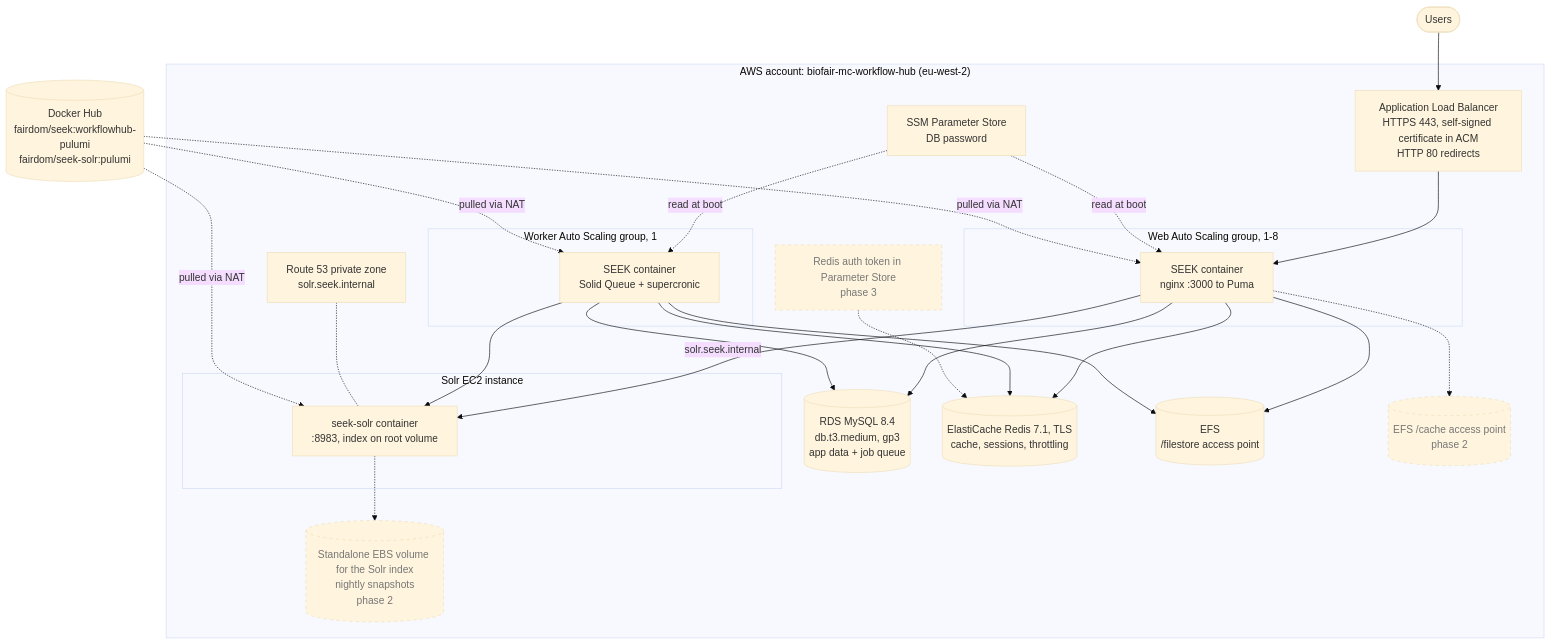
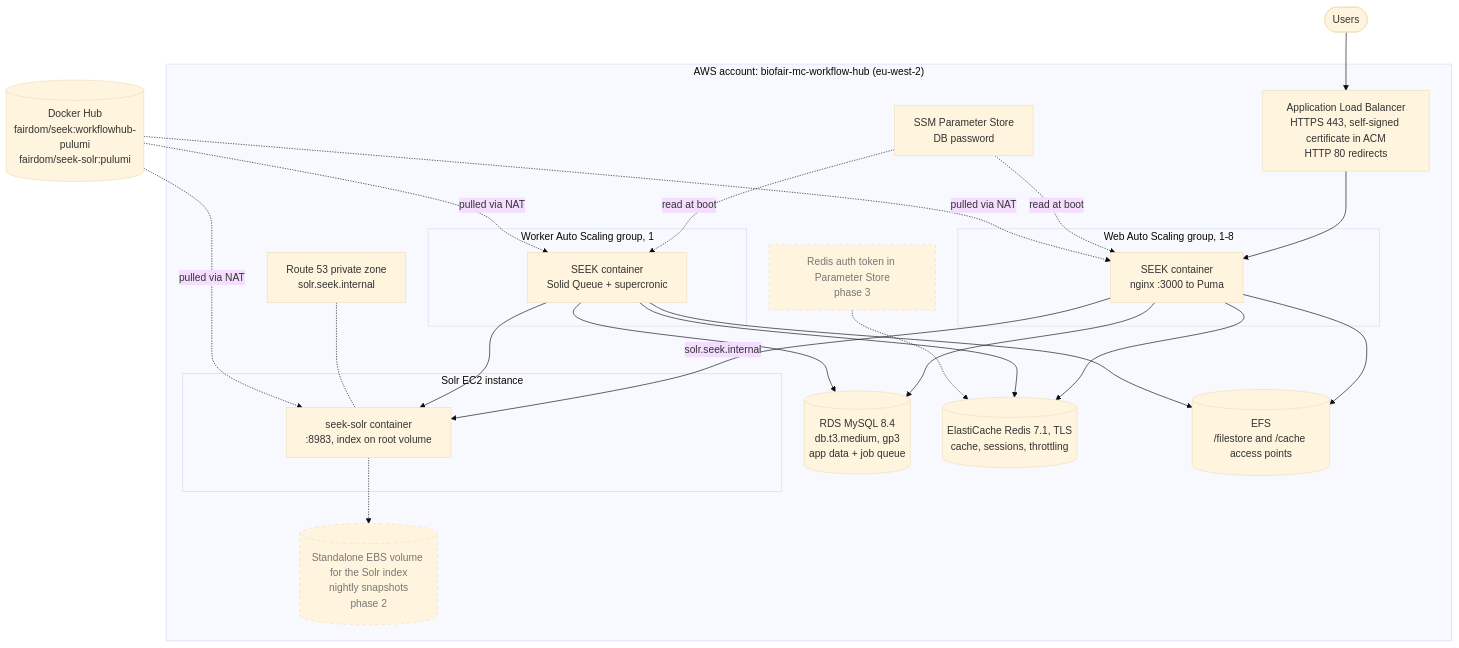
One commit to seek4science/seek changed the second of 5 diagrams in docs/pulumi-architecture.md. Above: the diagram before and after it, drawn with Mermaid (base theme). The commit also changed other lines of this file and 5 other files, not shown here.

````diff
--- a/docs/pulumi-architecture.md
+++ b/docs/pulumi-architecture.md
@@ -64,51 +62,49 @@
 ```mermaid
 flowchart TB
     users(["Users"])
     hub[("Docker Hub<br/>fairdom/seek:workflowhub-pulumi<br/>fairdom/seek-solr:pulumi")]
 
     subgraph aws["AWS account: biofair-mc-workflow-hub (eu-west-2)"]
         alb["Application Load Balancer<br/>HTTPS 443, self-signed certificate in ACM<br/>HTTP 80 redirects"]
 
         subgraph webasg["Web Auto Scaling group, 1-8"]
             web["SEEK container<br/>nginx :3000 to Puma"]
         end
         subgraph workerasg["Worker Auto Scaling group, 1"]
             workers["SEEK container<br/>Solid Queue + supercronic"]
         end
         subgraph solrbox["Solr EC2 instance"]
             solr["seek-solr container<br/>:8983, index on root volume"]
         end
 
         privdns["Route 53 private zone<br/>solr.seek.internal"]
         rds[("RDS MySQL 8.4<br/>db.t3.medium, gp3<br/>app data + job queue")]
         redis[("ElastiCache Redis 7.1, TLS<br/>cache, sessions, throttling")]
-        efs[("EFS<br/>/filestore access point")]
+        efs[("EFS<br/>/filestore and /cache access points")]
         params["SSM Parameter Store<br/>DB password"]
 
-        cacheap[("EFS /cache access point<br/>phase 2")]
         ebs[("Standalone EBS volume for the Solr index<br/>nightly snapshots<br/>phase 2")]
         token["Redis auth token in Parameter Store<br/>phase 3"]
     end
 
     users --> alb --> web
     web --> rds
     web --> redis
     web --> efs
     web -- "solr.seek.internal" --> solr
     workers --> rds
     workers --> redis
     workers --> efs
     workers --> solr
     privdns -.- solr
     params -. "read at boot" .-> web
     params -. "read at boot" .-> workers
     hub -. "pulled via NAT" .-> web
     hub -. "pulled via NAT" .-> workers
     hub -. "pulled via NAT" .-> solr
-    web -.-> cacheap
     solr -.-> ebs
     token -.-> redis
 
     classDef planned stroke-dasharray:5 5,color:#777
-    class cacheap,ebs,token planned
+    class ebs,token planned
 ```
````
